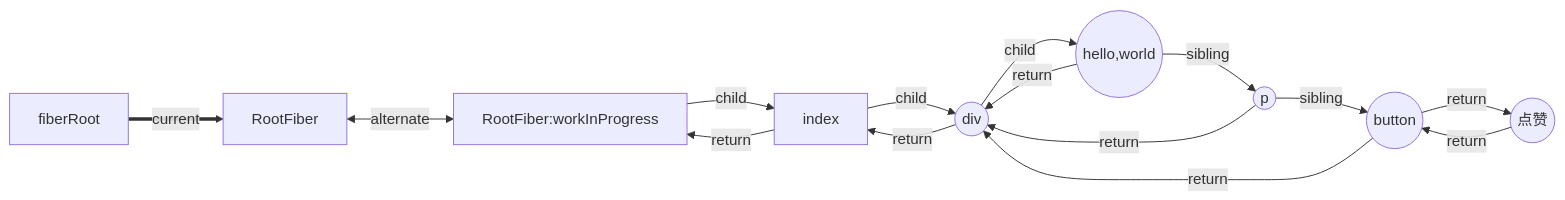
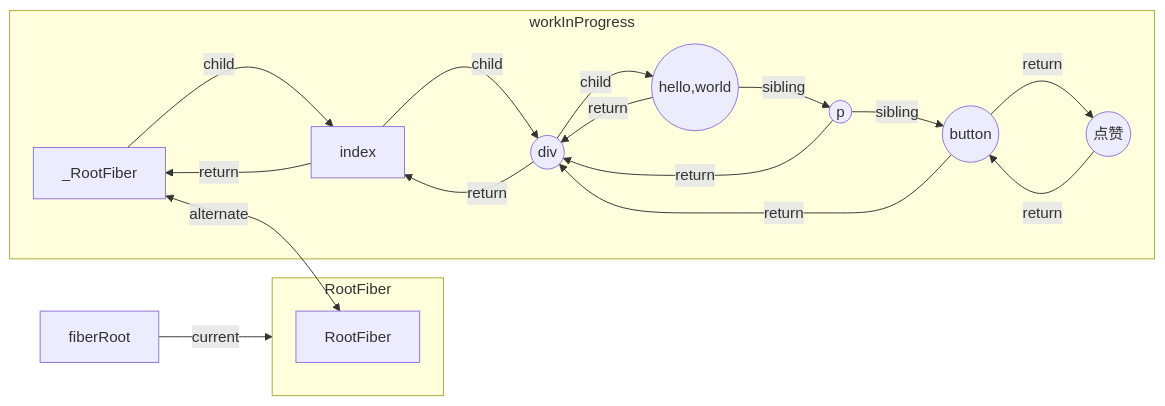
Before and after one commit to huiruo/code-record-manual: the diagram in 08-webpack-AST-babel/04_Ast_babel和React源码/03_Fiber更新机制/02_Fiber更新机制.md, drawn with Mermaid. The commit also changed 5 other files, not shown here.

Commit message:
feat: 流程图

````diff
--- a/08-webpack-AST-babel/04_Ast_babel和React源码/03_Fiber更新机制/02_Fiber更新机制.md
+++ b/08-webpack-AST-babel/04_Ast_babel和React源码/03_Fiber更新机制/02_Fiber更新机制.md
@@ -48,23 +48,25 @@
 ```mermaid
-%% graph TD
-flowchart  LR
-%% graph LR
-1[fiberRoot]==current==>2[RootFiber]
+%% flowchart TB
+flowchart LR
+    fiberRoot--current-->RootFiber
 
-2 <-->|alternate| RootFiber[RootFiber:workInProgress] -->|child| 4index[index] --child--> div((div)) --> |child|hello((hello,world))
+    subgraph RootFiber [RootFiber]
+    RootFiber1[RootFiber]
+    end
 
-p((p)) -->|sibling| button((button))-->|return|点赞((点赞))
+    subgraph workInProgress [workInProgress]
+    _RootFiber<--alternate-->RootFiber1
+    _RootFiber--child--> 4index[index] --child--> div((div)) --child--> hello((hello,world))
 
-%% RootFiber -->|alternate| 2
-4index -->|return| RootFiber
-div -->|return| 4index
-hello -->|return| div
-hello -->|sibling| p
+    p((p)) --sibling--> button((button))--return-->点赞((点赞))
 
-点赞 -->|return| button
-button -->|return| div
-p -->|return| div
+    4index --return--> _RootFiber
+    div --return--> 4index
+    hello --return--> div
+    hello --sibling--> p
 
-%% div -->|child| button
-%% div -->|child| p```
+    点赞 --return--> button
+    button --return--> div
+    p --return--> div
+    end
 ```
````
